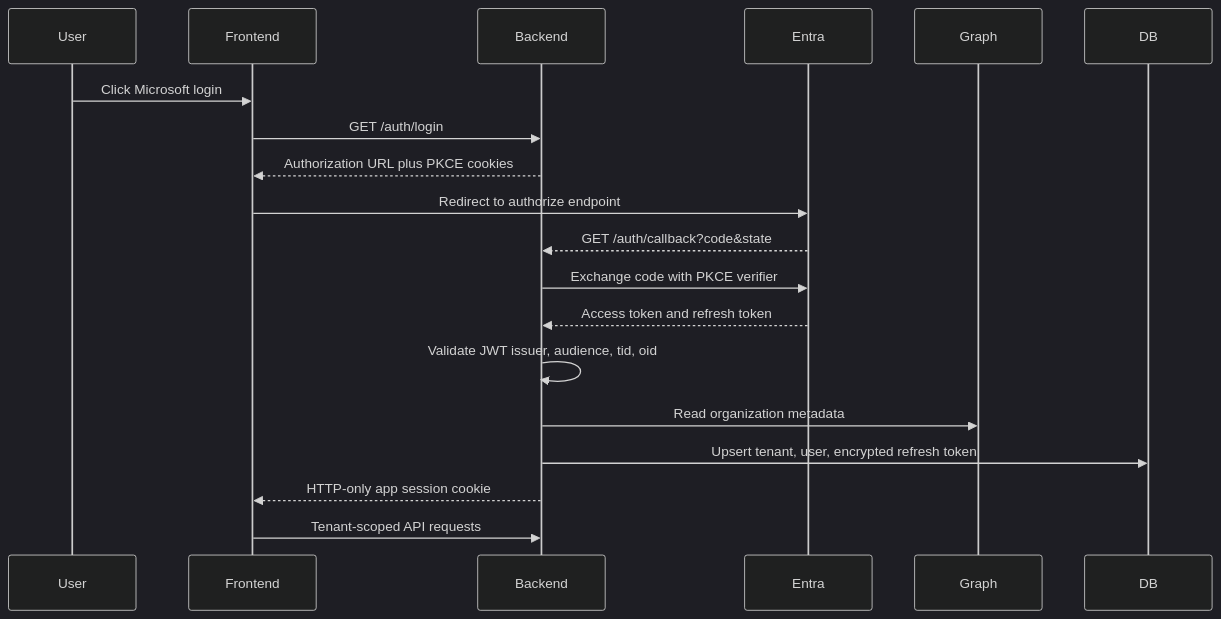
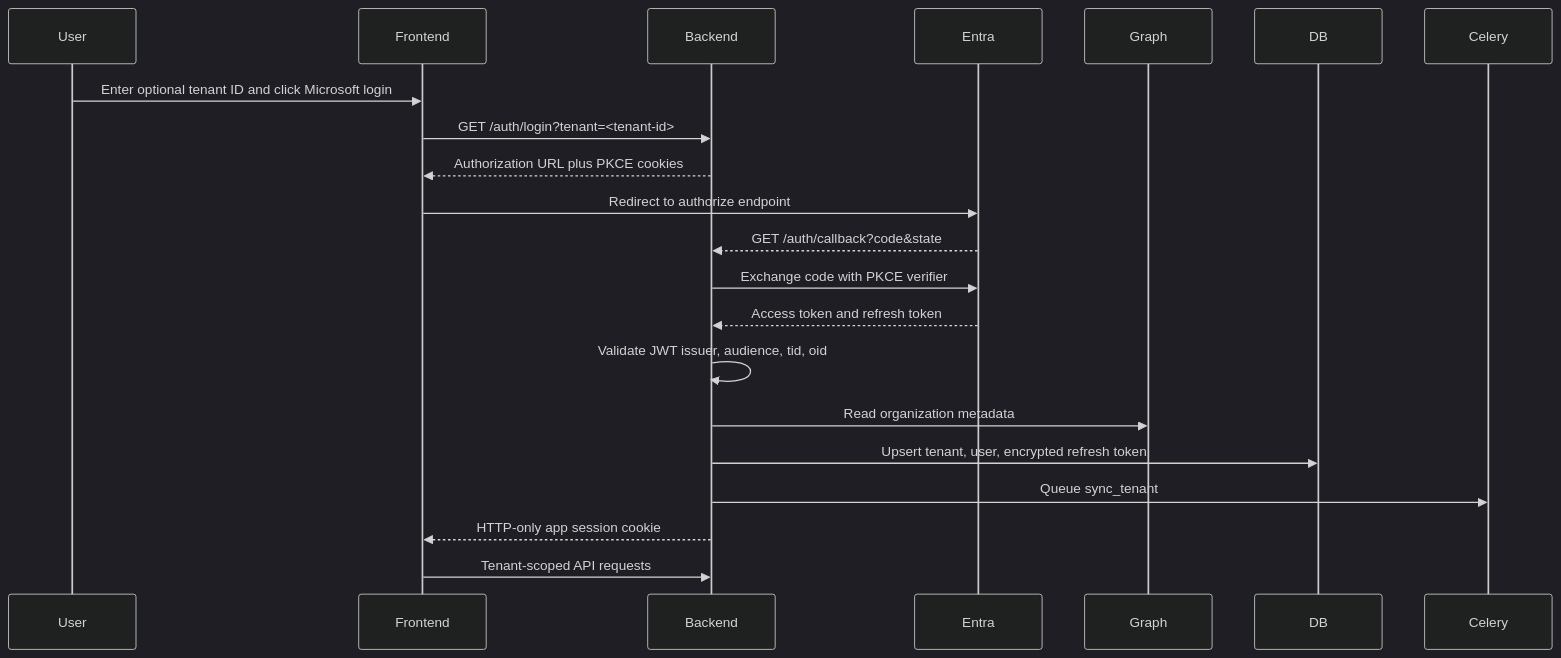
Before and after one commit to Sowrabh0-0/azure-inventory-saas: the diagram in docs/auth-flow.md, drawn with Mermaid (dark theme). The commit also changed other lines of this file and 3 other files, not shown here.

Commit message:
Document tenant login and automatic sync

````diff
--- a/docs/auth-flow.md
+++ b/docs/auth-flow.md
@@ -3,22 +3,24 @@
 ```mermaid
 sequenceDiagram
   participant User
   participant Frontend
   participant Backend
   participant Entra
   participant Graph
   participant DB
+  participant Celery
 
-  User->>Frontend: Click Microsoft login
-  Frontend->>Backend: GET /auth/login
+  User->>Frontend: Enter optional tenant ID and click Microsoft login
+  Frontend->>Backend: GET /auth/login?tenant=<tenant-id>
   Backend-->>Frontend: Authorization URL plus PKCE cookies
   Frontend->>Entra: Redirect to authorize endpoint
   Entra-->>Backend: GET /auth/callback?code&state
   Backend->>Entra: Exchange code with PKCE verifier
   Entra-->>Backend: Access token and refresh token
   Backend->>Backend: Validate JWT issuer, audience, tid, oid
   Backend->>Graph: Read organization metadata
   Backend->>DB: Upsert tenant, user, encrypted refresh token
+  Backend->>Celery: Queue sync_tenant
   Backend-->>Frontend: HTTP-only app session cookie
   Frontend->>Backend: Tenant-scoped API requests
 ```
````
